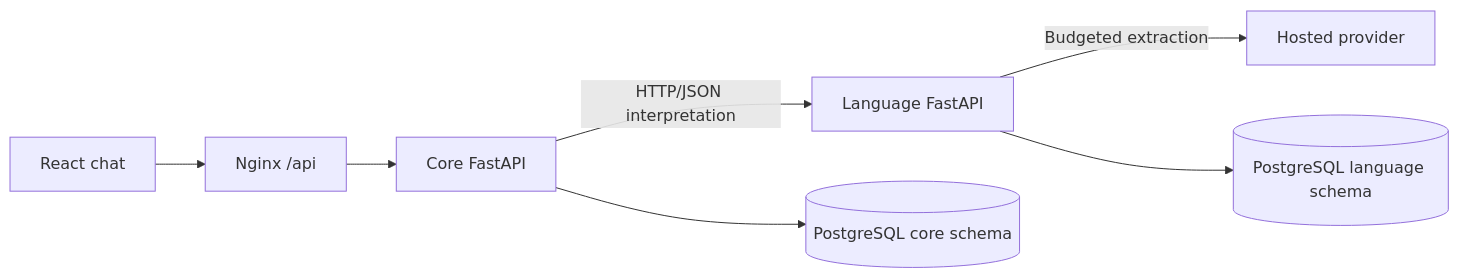
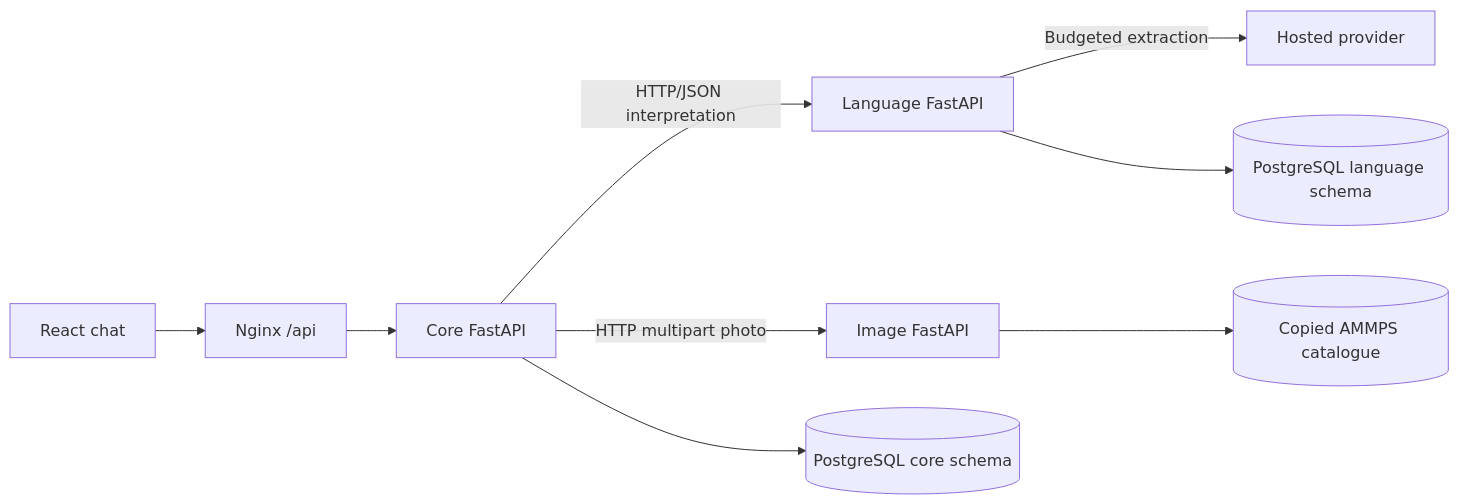
The diagram in docs/architecture/overview.md (reda-alilou/pharmacy-assistant), drawn with Mermaid before and after one commit. The commit also changed other lines of this file and 46 other files, not shown here.

````diff
--- a/docs/architecture/overview.md
+++ b/docs/architecture/overview.md
@@ -9,9 +10,11 @@
 ```mermaid
 flowchart LR
     Browser[React chat] --> Gateway[Nginx /api]
     Gateway --> Core[Core FastAPI]
     Core -->|HTTP/JSON interpretation| Language[Language FastAPI]
     Language -->|Budgeted extraction| Hosted[Hosted provider]
+    Core -->|HTTP multipart photo| Image[Image FastAPI]
+    Image --> ImageCatalog[(Copied AMMPS catalogue)]
     Core --> CoreSchema[(PostgreSQL core schema)]
     Language --> LanguageSchema[(PostgreSQL language schema)]
 ```
````
